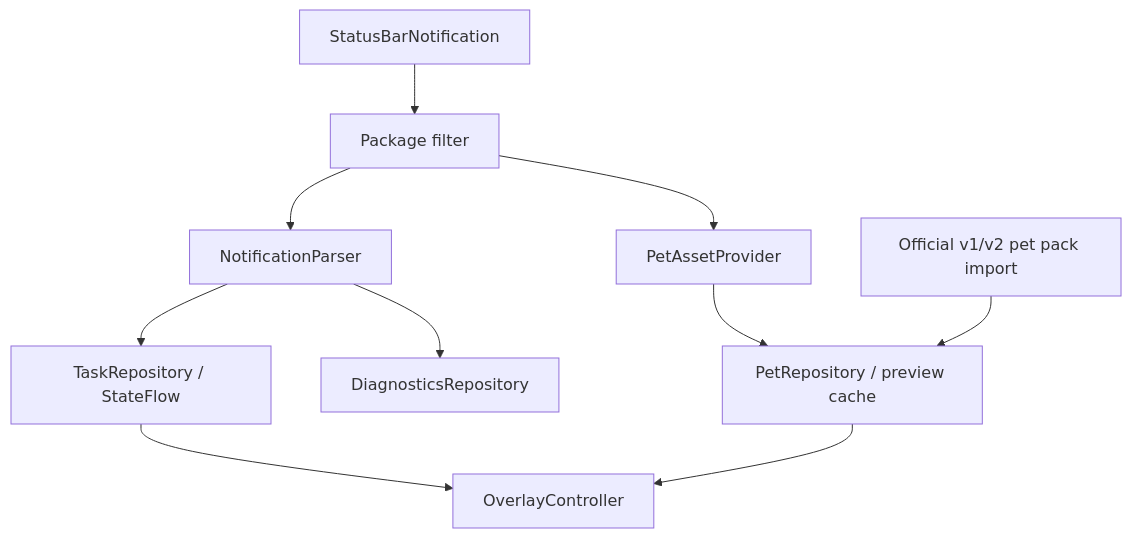
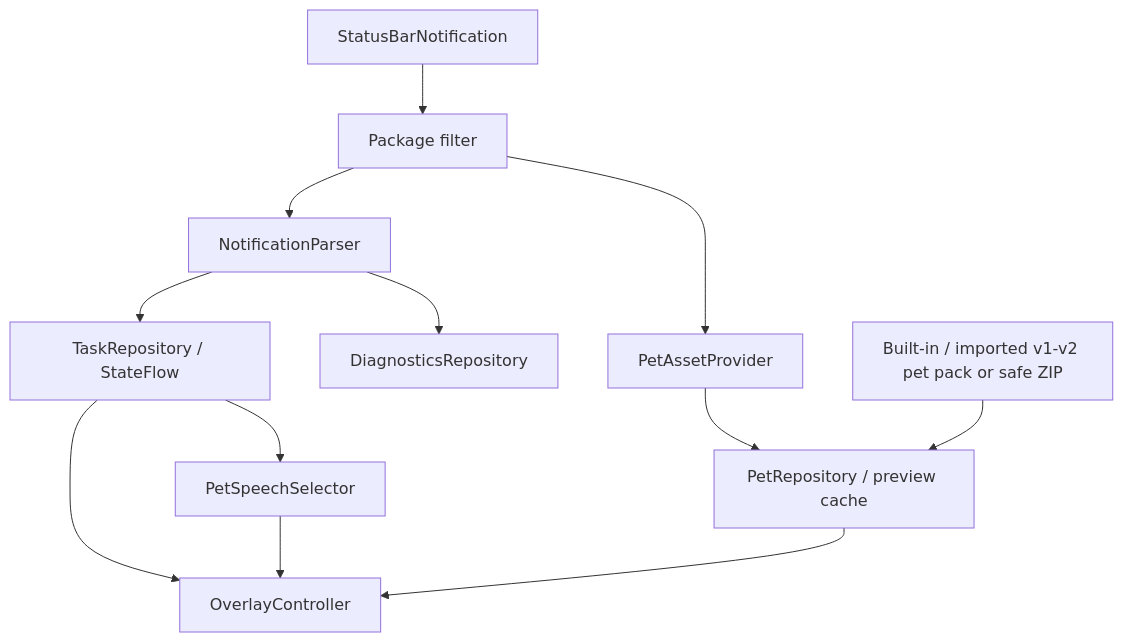
One commit to 4erk/codex-pet-android changed the first of 2 diagrams in docs/architecture.md. Above: the diagram before and after it, drawn with Mermaid. The commit also changed other lines of this file and 27 other files, not shown here.

Commit message:
feat: add adaptive pet speech and animated default pack

````diff
--- a/docs/architecture.md
+++ b/docs/architecture.md
@@ -5,12 +5,14 @@
 ```mermaid
 flowchart TD
     SBN["StatusBarNotification"] --> F["Package filter"]
     F --> NP["NotificationParser"]
     F --> PA["PetAssetProvider"]
     NP --> TR["TaskRepository / StateFlow"]
     NP --> DR["DiagnosticsRepository"]
     PA --> PR["PetRepository / preview cache"]
-    SP["Official v1/v2 pet pack import"] --> PR
+    SP["Built-in / imported v1-v2 pet pack or safe ZIP"] --> PR
     TR --> OC["OverlayController"]
     PR --> OC
+    TR --> SS["PetSpeechSelector"]
+    SS --> OC
 ```
````
